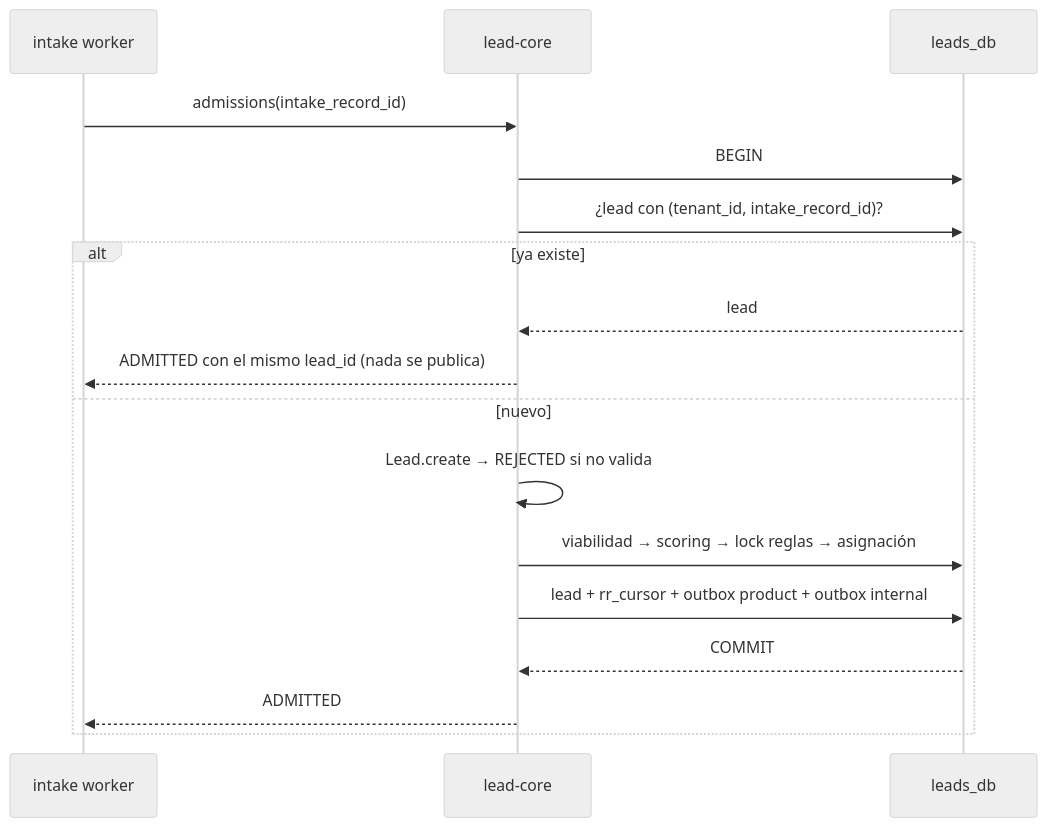
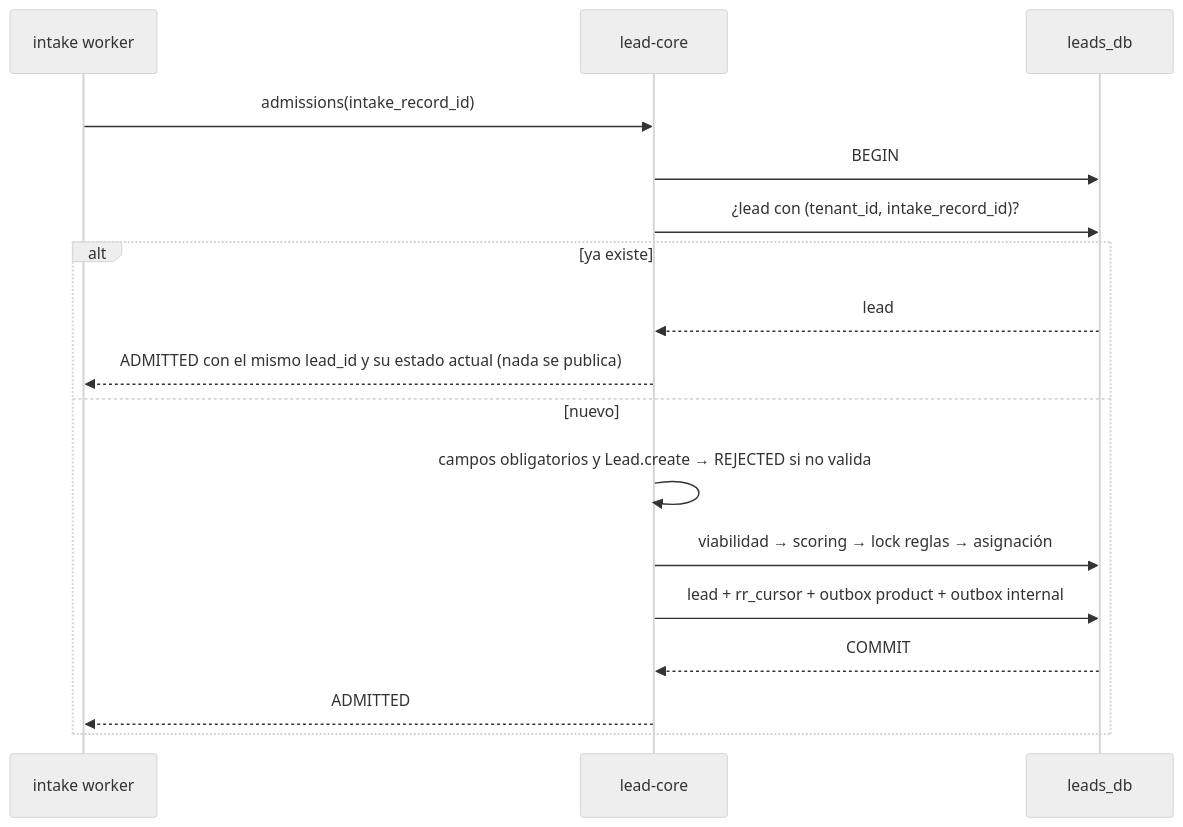
Before and after one commit to MDCIrony/leads-hexa: the fourth of 4 diagrams in docs/content/microservices/04-comunicacion-y-eventos.md, drawn with Mermaid (neutral theme). The commit also changed other lines of this file and 33 other files, not shown here.

````diff
--- a/docs/content/microservices/04-comunicacion-y-eventos.md
+++ b/docs/content/microservices/04-comunicacion-y-eventos.md
@@ -282,20 +320,20 @@
 ```mermaid
 sequenceDiagram
     participant W as intake worker
     participant LC as lead-core
     participant DB as leads_db
 
     W->>LC: admissions(intake_record_id)
     LC->>DB: BEGIN
     LC->>DB: ¿lead con (tenant_id, intake_record_id)?
     alt ya existe
         DB-->>LC: lead
-        LC-->>W: ADMITTED con el mismo lead_id (nada se publica)
+        LC-->>W: ADMITTED con el mismo lead_id y su estado actual (nada se publica)
     else nuevo
-        LC->>LC: Lead.create → REJECTED si no valida
+        LC->>LC: campos obligatorios y Lead.create → REJECTED si no valida
         LC->>DB: viabilidad → scoring → lock reglas → asignación
         LC->>DB: lead + rr_cursor + outbox product + outbox internal
         DB-->>LC: COMMIT
         LC-->>W: ADMITTED
     end
 ```
````
